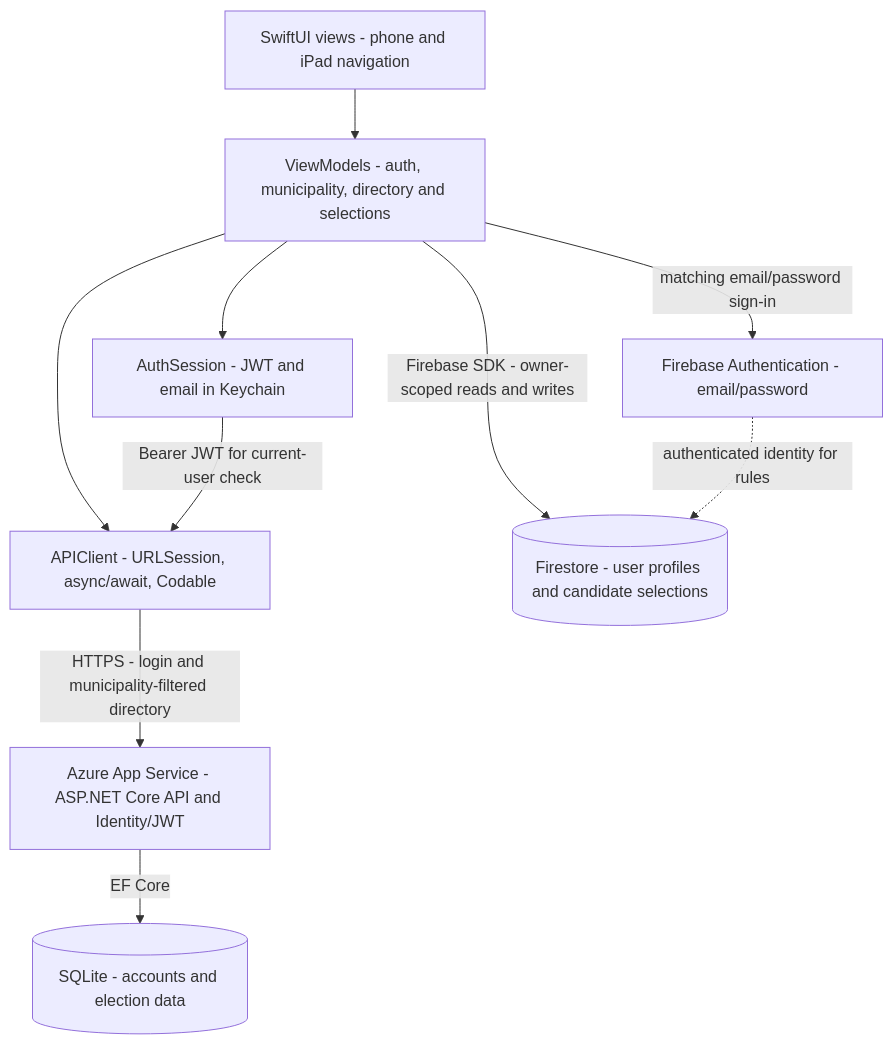
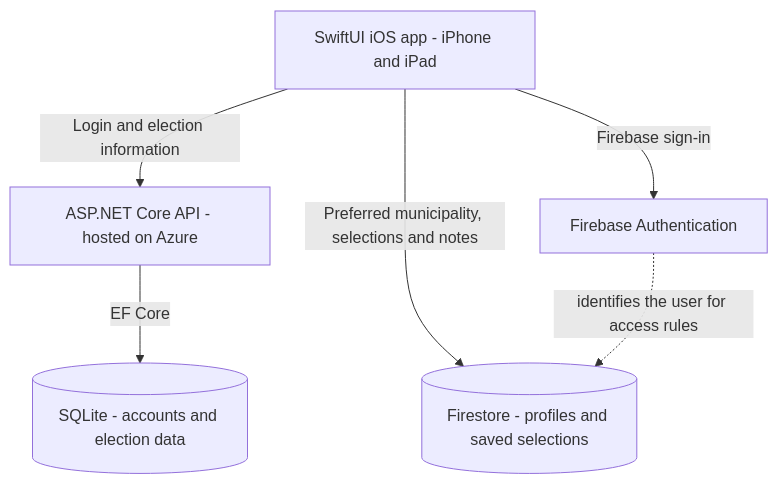
Before and after one commit to Bardia258/Assignment2-term4: the diagram in COMP4977-MunicipalElections-iOS/docs/architecture/ARCHITECTURE.md, drawn with Mermaid. The commit also changed other lines of this file and 13 other files, not shown here.

````diff
--- a/COMP4977-MunicipalElections-iOS/docs/architecture/ARCHITECTURE.md
+++ b/COMP4977-MunicipalElections-iOS/docs/architecture/ARCHITECTURE.md
@@ -7,21 +6,14 @@
 ```mermaid
 flowchart TD
-    Views["SwiftUI views - phone and iPad navigation"]
-    VM["ViewModels - auth, municipality, directory and selections"]
-    Client["APIClient - URLSession, async/await, Codable"]
-    Session["AuthSession - JWT and email in Keychain"]
-    Api["Azure App Service - ASP.NET Core API and Identity/JWT"]
+    App["SwiftUI iOS app - iPhone and iPad"]
+    Api["ASP.NET Core API - hosted on Azure"]
     Sqlite[("SQLite - accounts and election data")]
-    Auth["Firebase Authentication - email/password"]
-    Firestore[("Firestore - user profiles and candidate selections")]
+    Auth["Firebase Authentication"]
+    Firestore[("Firestore - profiles and saved selections")]
 
-    Views --> VM
-    VM --> Client
-    VM --> Session
-    Session -->|Bearer JWT for current-user check| Client
-    Client -->|HTTPS - login and municipality-filtered directory| Api
+    App -->|Login and election information| Api
     Api -->|EF Core| Sqlite
-    VM -->|matching email/password sign-in| Auth
-    VM -->|Firebase SDK - owner-scoped reads and writes| Firestore
-    Auth -. authenticated identity for rules .-> Firestore
+    App -->|Firebase sign-in| Auth
+    App -->|Preferred municipality, selections and notes| Firestore
+    Auth -. identifies the user for access rules .-> Firestore
 ```
````
